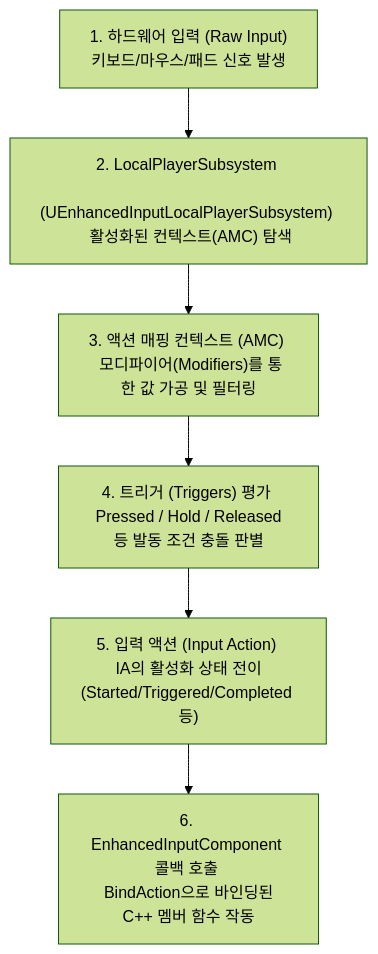
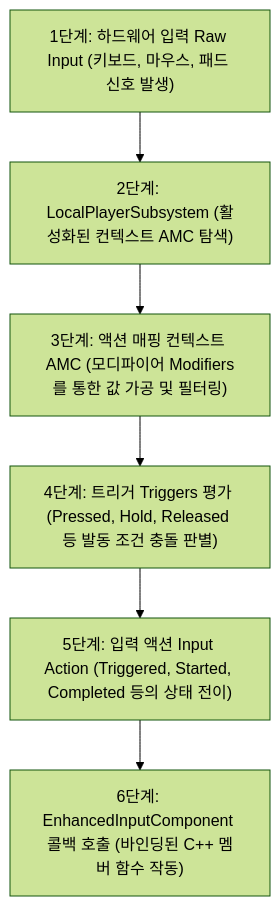
Before and after one commit to sick22/obsidian: the diagram in UE5/framework.md, drawn with Mermaid (forest theme). The commit also changed other lines of this file, not shown here.

Commit message:
fix: correct mermaid diagram syntax and remove extra backticks in framework.md

````diff
--- a/UE5/framework.md
+++ b/UE5/framework.md
@@ -133,8 +133,8 @@
 ```mermaid
 graph TD
-    A["1. 하드웨어 입력 (Raw Input) <br> 키보드/마우스/패드 신호 발생"] --> B["2. LocalPlayerSubsystem <br> (UEnhancedInputLocalPlayerSubsystem) <br> 활성화된 컨텍스트(AMC) 탐색"]
-    B --> C["3. 액션 매핑 컨텍스트 (AMC) <br> 모디파이어(Modifiers)를 통한 값 가공 및 필터링"]
-    C --> D["4. 트리거 (Triggers) 평가 <br> Pressed / Hold / Released 등 발동 조건 충돌 판별"]
-    D --> E["5. 입력 액션 (Input Action) <br> IA의 활성화 상태 전이 (Started/Triggered/Completed 등)"]
-    E --> F["6. EnhancedInputComponent 콜백 호출 <br> BindAction으로 바인딩된 C++ 멤버 함수 작동"]
+    A["1단계: 하드웨어 입력 Raw Input (키보드, 마우스, 패드 신호 발생)"] --> B["2단계: LocalPlayerSubsystem (활성화된 컨텍스트 AMC 탐색)"]
+    B --> C["3단계: 액션 매핑 컨텍스트 AMC (모디파이어 Modifiers를 통한 값 가공 및 필터링)"]
+    C --> D["4단계: 트리거 Triggers 평가 (Pressed, Hold, Released 등 발동 조건 충돌 판별)"]
+    D --> E["5단계: 입력 액션 Input Action (Triggered, Started, Completed 등의 상태 전이)"]
+    E --> F["6단계: EnhancedInputComponent 콜백 호출 (바인딩된 C++ 멤버 함수 작동)"]
 ```
````
